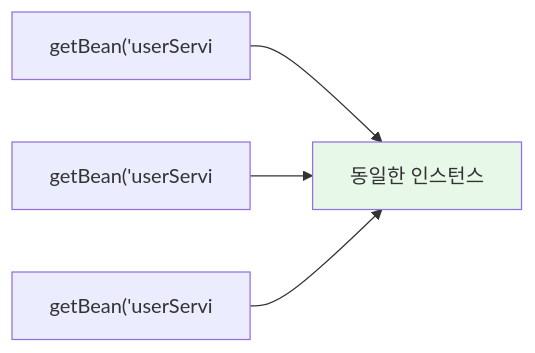
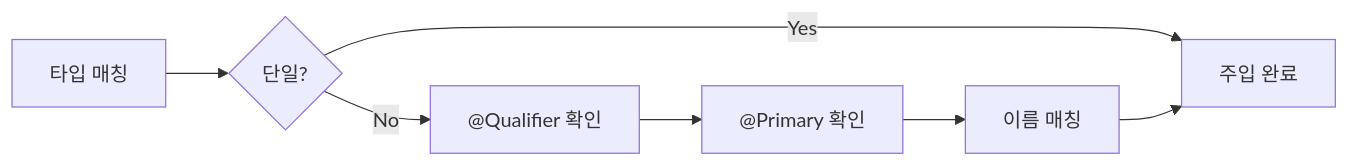
The fourth of 6 diagrams in _posts/spring/2026-05-01-spring-ioc-di.md (yjkim2015/yjkim2015.github.io), drawn with Mermaid before and after one commit. The commit also changed other lines of this file and 4 other files, not shown here.

````diff
--- a/_posts/spring/2026-05-01-spring-ioc-di.md
+++ b/_posts/spring/2026-05-01-spring-ioc-di.md
@@ -198,7 +702,9 @@
 ```mermaid
 graph LR
-    A["getBean('userServi"] --> I["동일한 인스턴스"]
-    B["getBean('userServi"] --> I
-    C["getBean('userServi"] --> I
-    style I fill:#e8f8e8
+    A["타입 매칭"] --> B{"단일?"}
+    B -->|"Yes"| F["주입 완료"]
+    B -->|"No"| C["@Qualifier 확인"]
+    C --> D["@Primary 확인"]
+    D --> E["이름 매칭"]
+    E --> F
 ```
````
